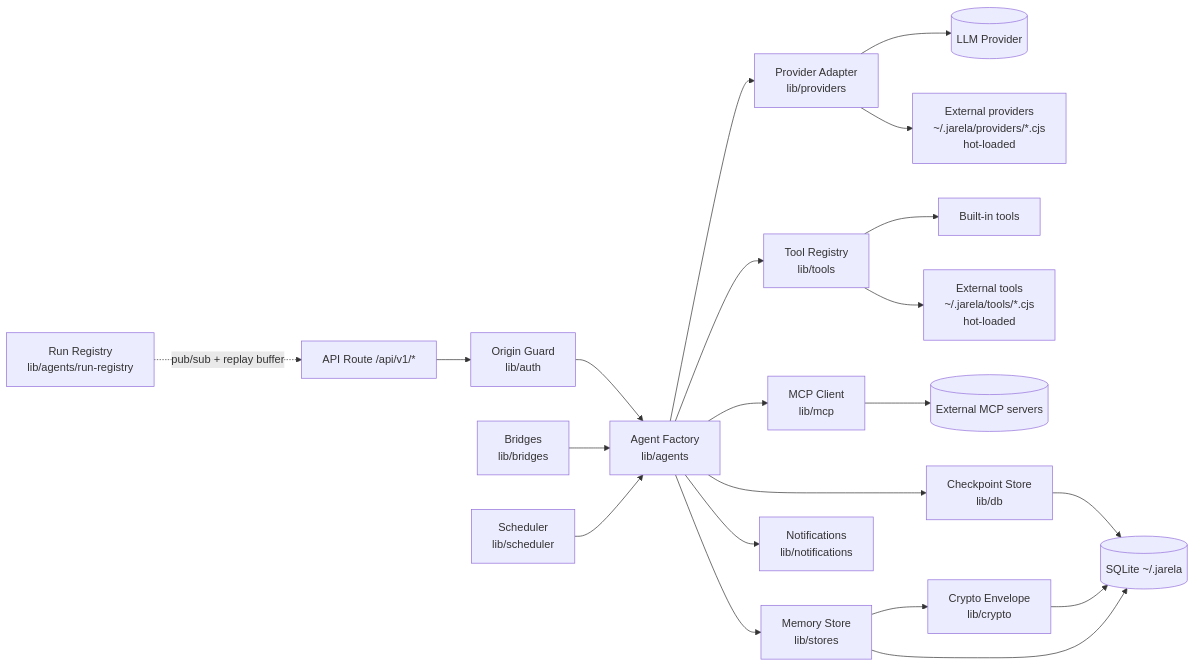
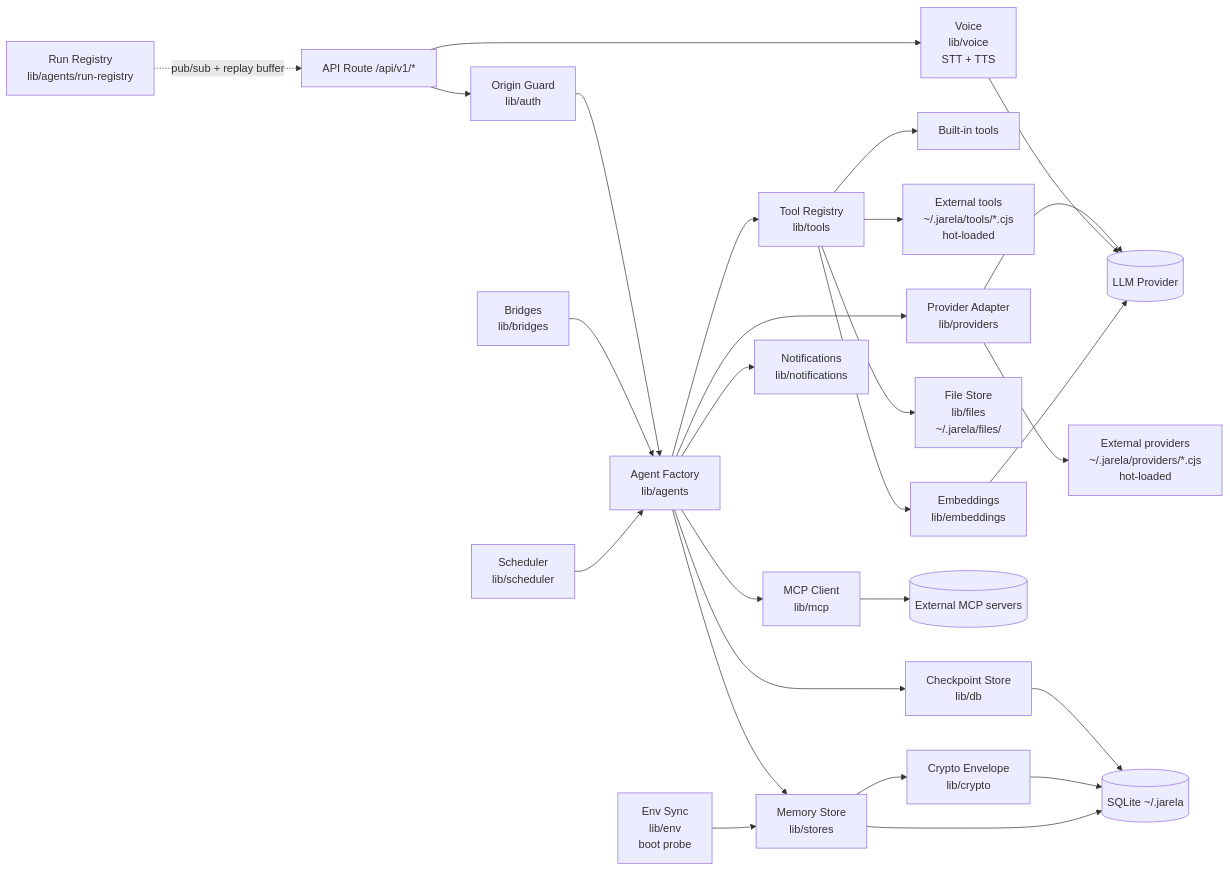
One commit to CircuitWall/jarela changed the second of 6 diagrams in ARCHITECTURE.md. Above: the diagram before and after it, drawn with Mermaid. The commit also changed other lines of this file and 2 other files, not shown here.

First line of the commit message:
docs(architecture): document voice/env/embeddings/files containers and shared utilities

````diff
--- a/ARCHITECTURE.md
+++ b/ARCHITECTURE.md
@@ -67,23 +96,29 @@
 ```mermaid
 flowchart LR
     A[API Route /api/v1/*] --> G0[Origin Guard<br/>lib/auth]
     G0 --> B[Agent Factory<br/>lib/agents]
     B --> C[Provider Adapter<br/>lib/providers]
     B --> D[Tool Registry<br/>lib/tools]
     B --> E[MCP Client<br/>lib/mcp]
     C --> F[(LLM Provider)]
     C --> XP[External providers<br/>~/.jarela/providers/*.cjs<br/>hot-loaded]
     D --> G[Built-in tools]
     D --> XT[External tools<br/>~/.jarela/tools/*.cjs<br/>hot-loaded]
+    D --> EM[Embeddings<br/>lib/embeddings]
+    D --> FS[File Store<br/>lib/files<br/>~/.jarela/files/]
+    A --> V[Voice<br/>lib/voice<br/>STT + TTS]
+    V --> F
+    EM --> F
     E --> H[(External MCP servers)]
     B --> I[Checkpoint Store<br/>lib/db]
     I --> J[(SQLite ~/.jarela)]
     B --> K[Memory Store<br/>lib/stores]
     K --> CR[Crypto Envelope<br/>lib/crypto]
     CR --> J
     K --> J
     B --> L[Notifications<br/>lib/notifications]
     BR[Bridges<br/>lib/bridges] --> B
     SC[Scheduler<br/>lib/scheduler] --> B
+    EN[Env Sync<br/>lib/env<br/>boot probe] --> K
     RR[Run Registry<br/>lib/agents/run-registry] -.pub/sub + replay buffer.-> A
 ```
````
